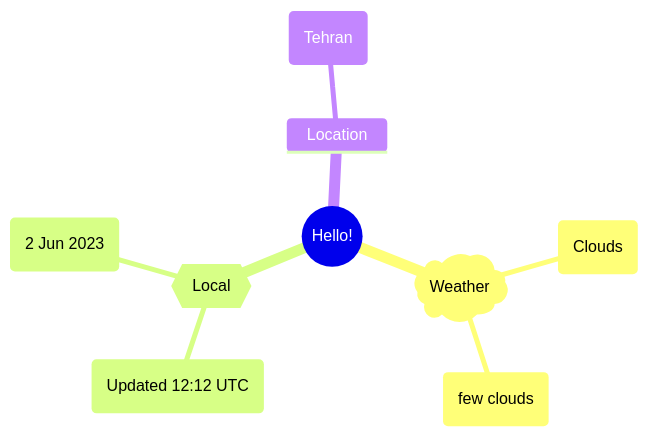
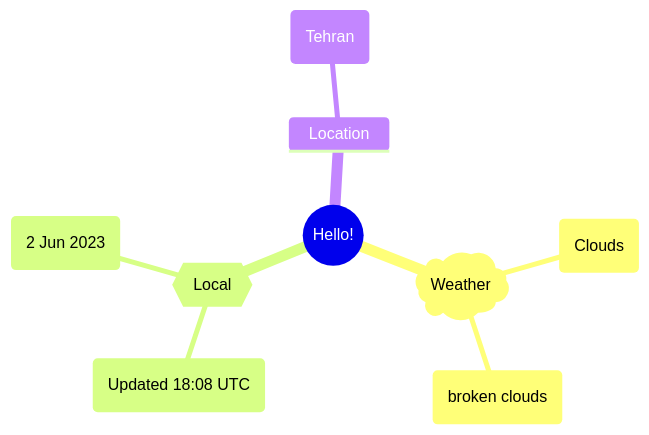
The first of 2 diagrams in README.md (Xosrov/Xosrov), drawn with Mermaid before and after one commit.

Commit message:
[bot] updated images

````diff
--- a/README.md
+++ b/README.md
@@ -3,12 +3,12 @@
 ```mermaid
 mindmap
   root((Hello!))
     )Weather(
         (Clouds)
-        (few clouds)
+        (broken clouds)
     {{Local}}
-        (Updated 12:12 UTC)
+        (Updated 18:08 UTC)
         (2 Jun 2023)
     Location
         (Tehran)
 ```
````
